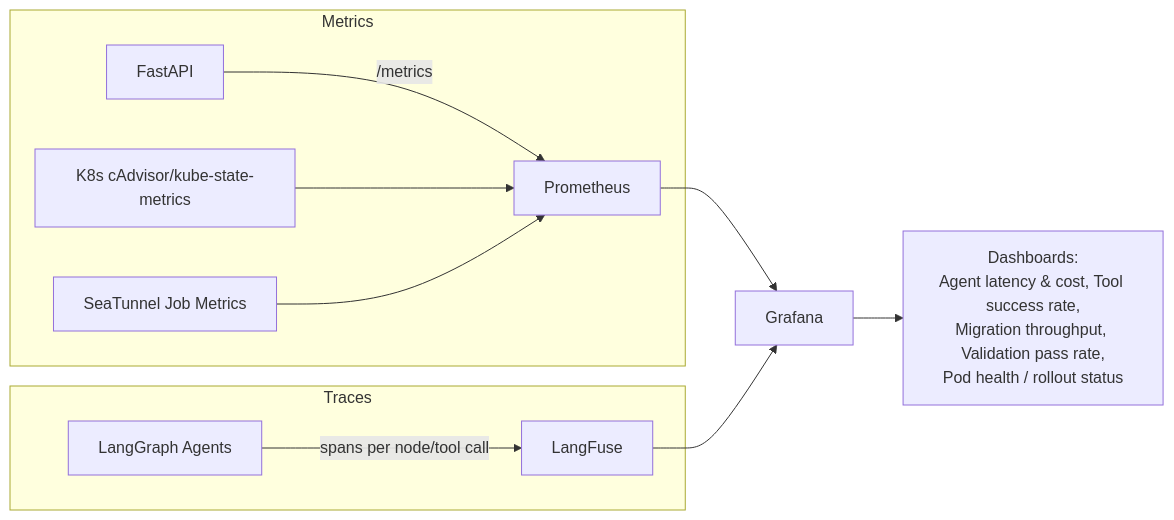
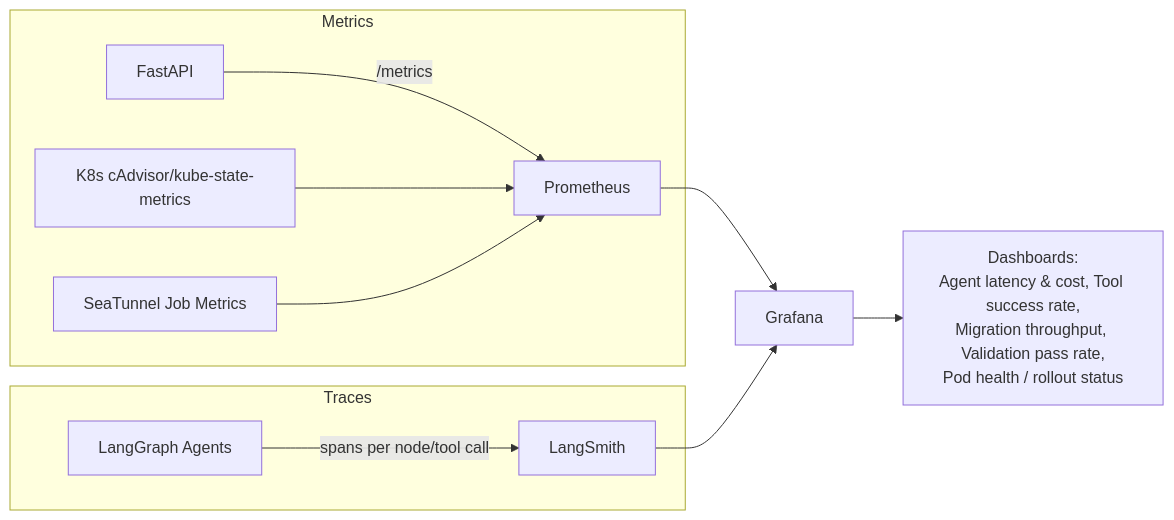
Before and after one commit to rupak-banerjee-ness/Agentic-AI-Data-Migration: diagram 17 of 17 in docs/architecture.md, drawn with Mermaid. The commit also changed other lines of this file and 35 other files, not shown here.

````diff
--- a/docs/architecture.md
+++ b/docs/architecture.md
@@ -717,14 +717,14 @@
 ```mermaid
 flowchart LR
     subgraph Traces
-        Orchpod[LangGraph Agents] -->|spans per node/tool call| LangFuse
+        Orchpod[LangGraph Agents] -->|spans per node/tool call| LangSmith
     end
     subgraph Metrics
         APIpod[FastAPI] -->|/metrics| Prometheus
         K8s[K8s cAdvisor/kube-state-metrics] --> Prometheus
         SeaTunnelJob[SeaTunnel Job Metrics] --> Prometheus
     end
     Prometheus --> Grafana
-    LangFuse --> Grafana
+    LangSmith --> Grafana
     Grafana --> Dashboards["Dashboards:\nAgent latency & cost, Tool success rate,\nMigration throughput, Validation pass rate,\nPod health / rollout status"]
 ```
````
